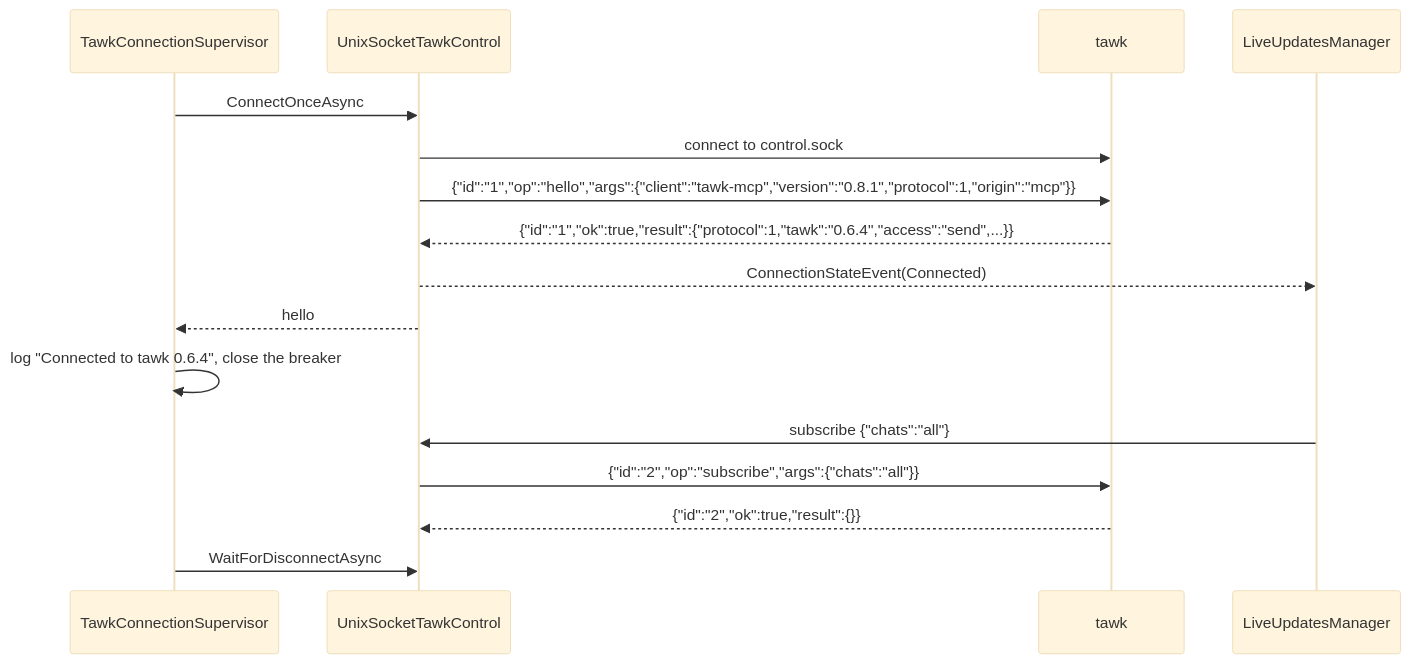
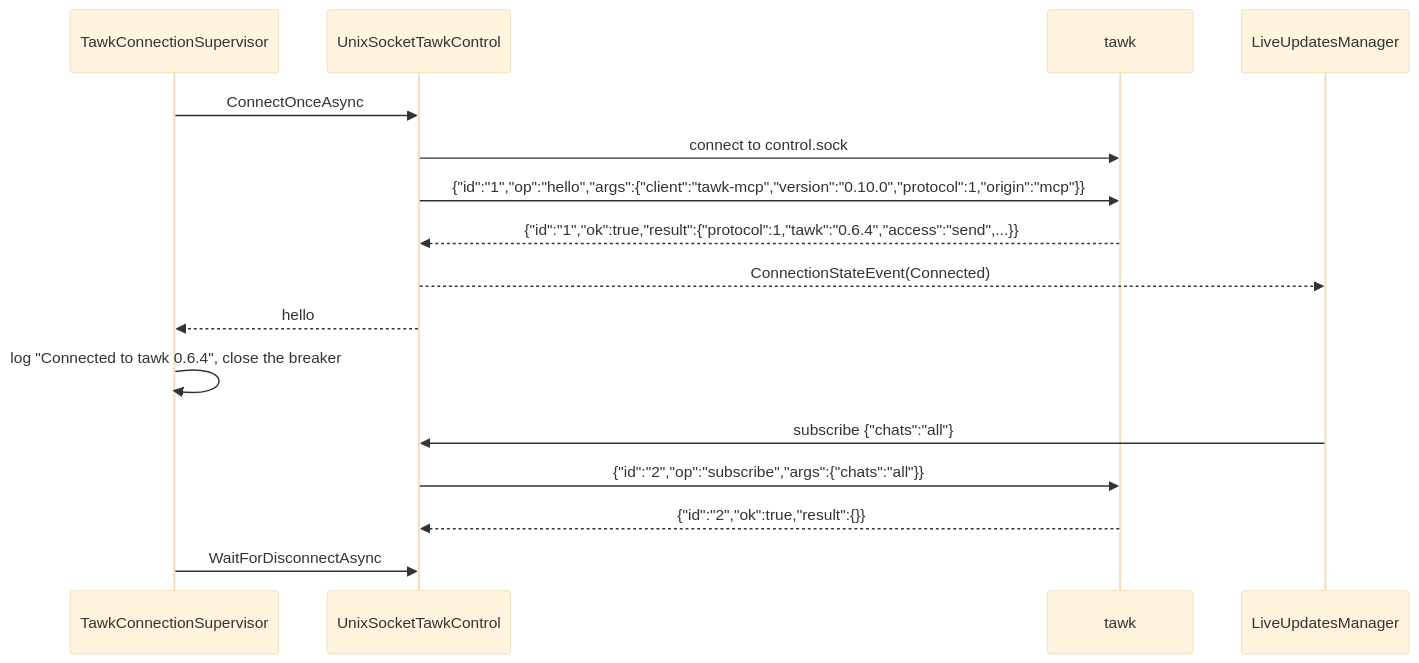
Before and after one commit to loganventer/Corvus.Mcp.Server.Tawk: the first of 12 diagrams in HOW_IT_WORKS.md, drawn with Mermaid (base theme). The commit also changed 37 other files, not shown here.

````diff
--- a/HOW_IT_WORKS.md
+++ b/HOW_IT_WORKS.md
@@ -29,19 +29,19 @@
 ```mermaid
 sequenceDiagram
     participant S as TawkConnectionSupervisor
     participant C as UnixSocketTawkControl
     participant T as tawk
     participant L as LiveUpdatesManager
 
     S->>C: ConnectOnceAsync
     C->>T: connect to control.sock
-    C->>T: {"id":"1","op":"hello","args":{"client":"tawk-mcp","version":"0.8.1","protocol":1,"origin":"mcp"}}
+    C->>T: {"id":"1","op":"hello","args":{"client":"tawk-mcp","version":"0.10.0","protocol":1,"origin":"mcp"}}
     T-->>C: {"id":"1","ok":true,"result":{"protocol":1,"tawk":"0.6.4","access":"send",...}}
     C-->>L: ConnectionStateEvent(Connected)
     C-->>S: hello
     S->>S: log "Connected to tawk 0.6.4", close the breaker
     L->>C: subscribe {"chats":"all"}
     C->>T: {"id":"2","op":"subscribe","args":{"chats":"all"}}
     T-->>C: {"id":"2","ok":true,"result":{}}
     S->>C: WaitForDisconnectAsync
 ```
````
